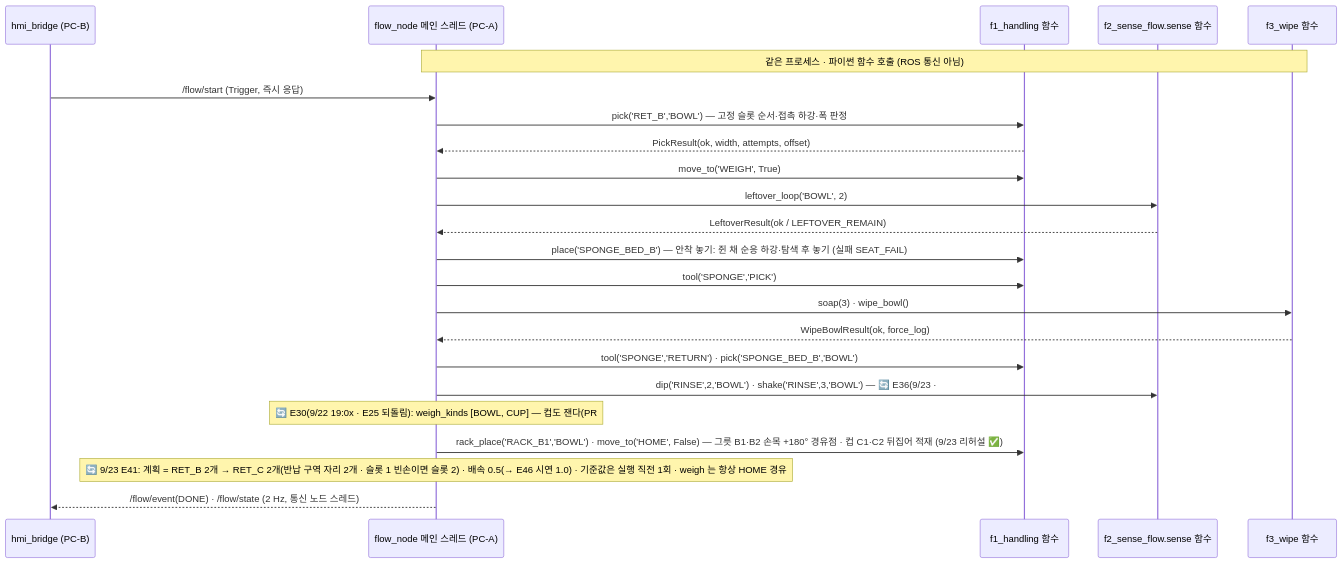
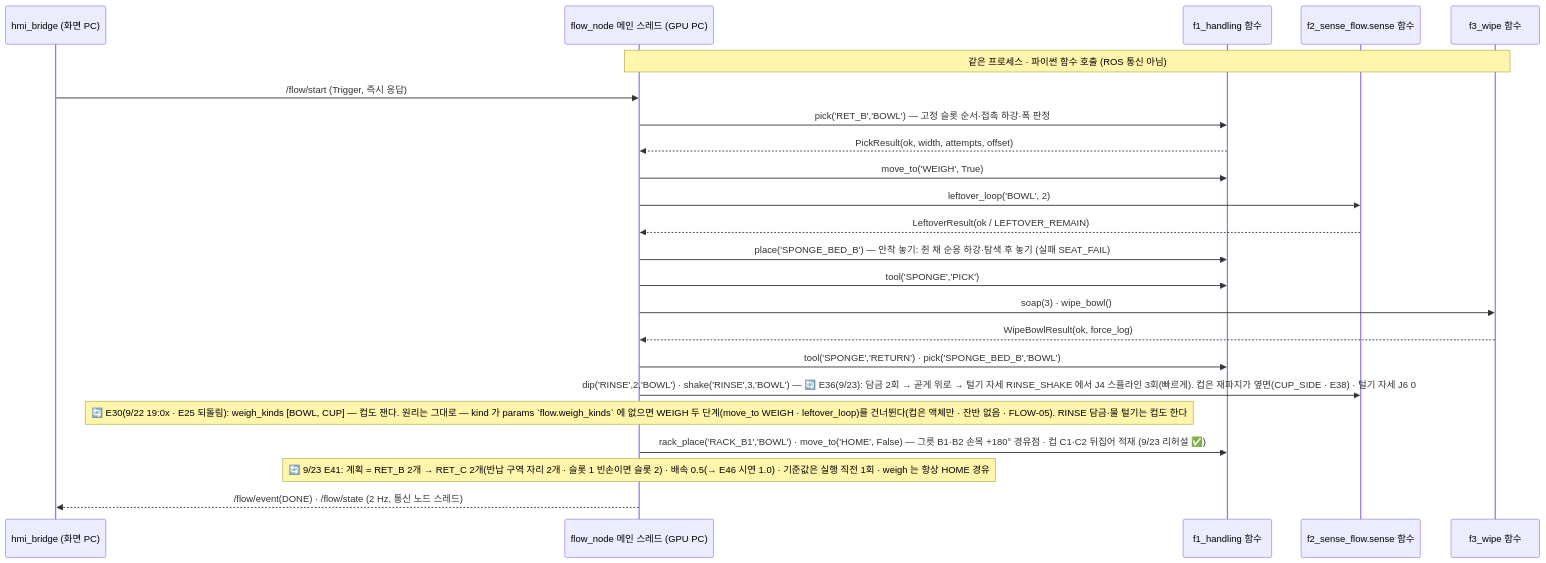
Before and after one commit to abyssGo/rokey_9_pjt1_D2: the first of 2 diagrams in docs/03_설계_SDD.md, drawn with Mermaid. The commit also changed other lines of this file and 8 other files, not shown here.

````diff
--- a/docs/03_설계_SDD.md
+++ b/docs/03_설계_SDD.md
@@ -215,25 +219,25 @@
 ```mermaid
 sequenceDiagram
-  participant H as hmi_bridge (PC-B)
-  participant W as flow_node 메인 스레드 (PC-A)
+  participant H as hmi_bridge (화면 PC)
+  participant W as flow_node 메인 스레드 (GPU PC)
   participant A as f1_handling 함수
   participant B as f2_sense_flow.sense 함수
   participant C as f3_wipe 함수
   Note over W,C: 같은 프로세스 · 파이썬 함수 호출 (ROS 통신 아님)
   H->>W: /flow/start (Trigger, 즉시 응답)
   W->>A: pick('RET_B','BOWL')  — 고정 슬롯 순서·접촉 하강·폭 판정
   A-->>W: PickResult(ok, width, attempts, offset)
   W->>A: move_to('WEIGH', True)
   W->>B: leftover_loop('BOWL', 2)
   B-->>W: LeftoverResult(ok / LEFTOVER_REMAIN)
   W->>A: place('SPONGE_BED_B')  — 안착 놓기: 쥔 채 순응 하강·탐색 후 놓기 (실패 SEAT_FAIL)
   W->>A: tool('SPONGE','PICK')
   W->>C: soap(3) · wipe_bowl()
   C-->>W: WipeBowlResult(ok, force_log)
   W->>A: tool('SPONGE','RETURN') · pick('SPONGE_BED_B','BOWL')
-  W->>B: dip('RINSE',2,'BOWL') · shake('RINSE',3,'BOWL')  — 🔄 E36(9/23 · #89): 담금 2회 → 곧게 위로 → 털기 자세 RINSE_SHAKE 에서 J4 스플라인 3회(빠르게). 컵은 재파지가 옆면(CUP_SIDE · E38) · 털기 자세 J6 0
-  Note over W: 🔄 E30(9/22 19:0x · E25 되돌림): weigh_kinds [BOWL, CUP] — 컵도 잰다(PR #79). 원리는 그대로 — kind 가 params `flow.weigh_kinds` 에 없으면 WEIGH 두 단계(move_to WEIGH · leftover_loop)를 건너뛴다(컵은 액체만 · 잔반 없음 · PR #70 FLOW-05). RINSE 담금·물 털기는 컵도 한다
+  W->>B: dip('RINSE',2,'BOWL') · shake('RINSE',3,'BOWL')  — 🔄 E36(9/23): 담금 2회 → 곧게 위로 → 털기 자세 RINSE_SHAKE 에서 J4 스플라인 3회(빠르게). 컵은 재파지가 옆면(CUP_SIDE · E38) · 털기 자세 J6 0
+  Note over W: 🔄 E30(9/22 19:0x · E25 되돌림): weigh_kinds [BOWL, CUP] — 컵도 잰다. 원리는 그대로 — kind 가 params `flow.weigh_kinds` 에 없으면 WEIGH 두 단계(move_to WEIGH · leftover_loop)를 건너뛴다(컵은 액체만 · 잔반 없음 · FLOW-05). RINSE 담금·물 털기는 컵도 한다
   W->>A: rack_place('RACK_B1','BOWL') · move_to('HOME', False)  — 그릇 B1·B2 손목 +180° 경유점 · 컵 C1·C2 뒤집어 적재 (9/23 리허설 ✅)
   Note over W: 🔄 9/23 E41: 계획 = RET_B 2개 → RET_C 2개(반납 구역 자리 2개 · 슬롯 1 빈손이면 슬롯 2) · 배속 0.5(→ E46 시연 1.0) · 기준값은 실행 직전 1회 · weigh 는 항상 HOME 경유
   W-->>H: /flow/event(DONE) · /flow/state (2 Hz, 통신 노드 스레드)
 ```
````
